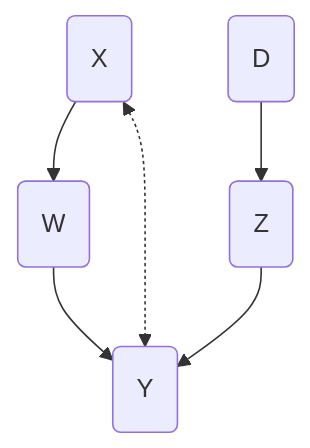
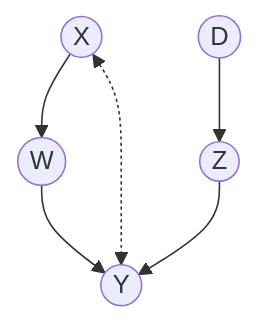
One commit to santikka/cfid changed the fourth of 4 diagrams in README.Rmd. Above: the diagram before and after it, drawn with Mermaid. The commit also changed other lines of this file and 2 other files, not shown here.

````diff
--- a/README.Rmd
+++ b/README.Rmd
@@ -129,8 +127,8 @@
 ```mermaid
 flowchart TB;
-  X(X)-->W(W);
-  W-->Y(Y);
-  D(D)-->Z(Z);
+  X((X))-->W((W));
+  W-->Y((Y));
+  D((D))-->Z((Z));
   Z-->Y;
   X<-.->Y;
 ```
````
